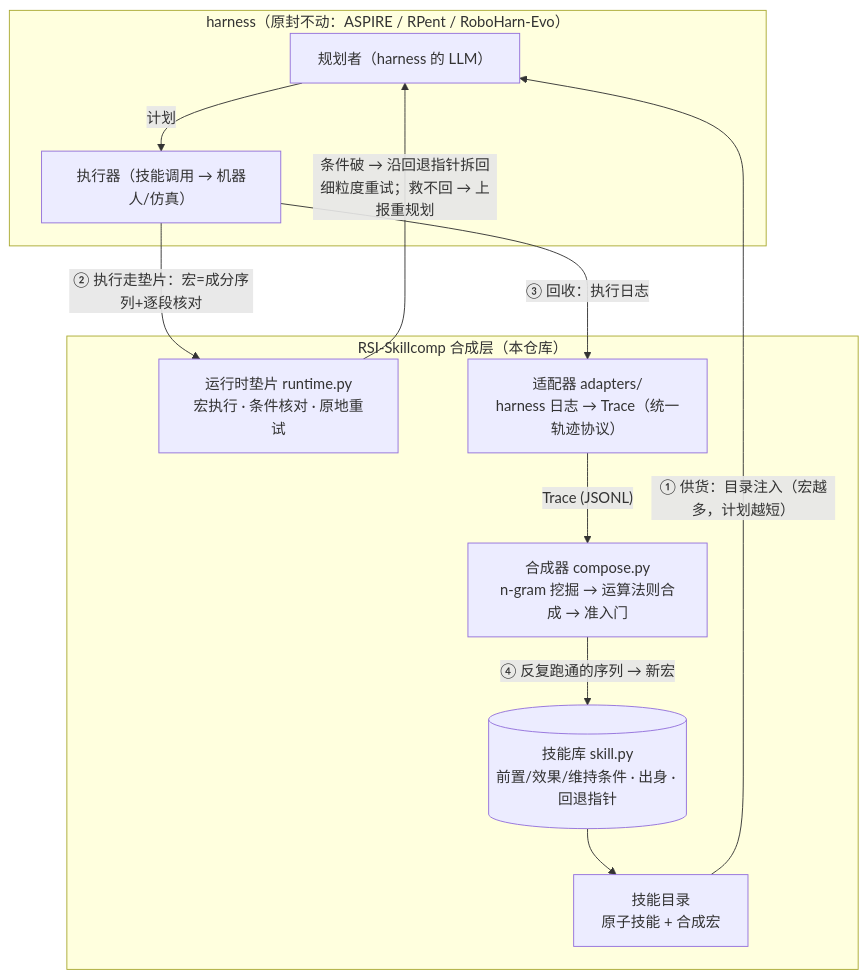
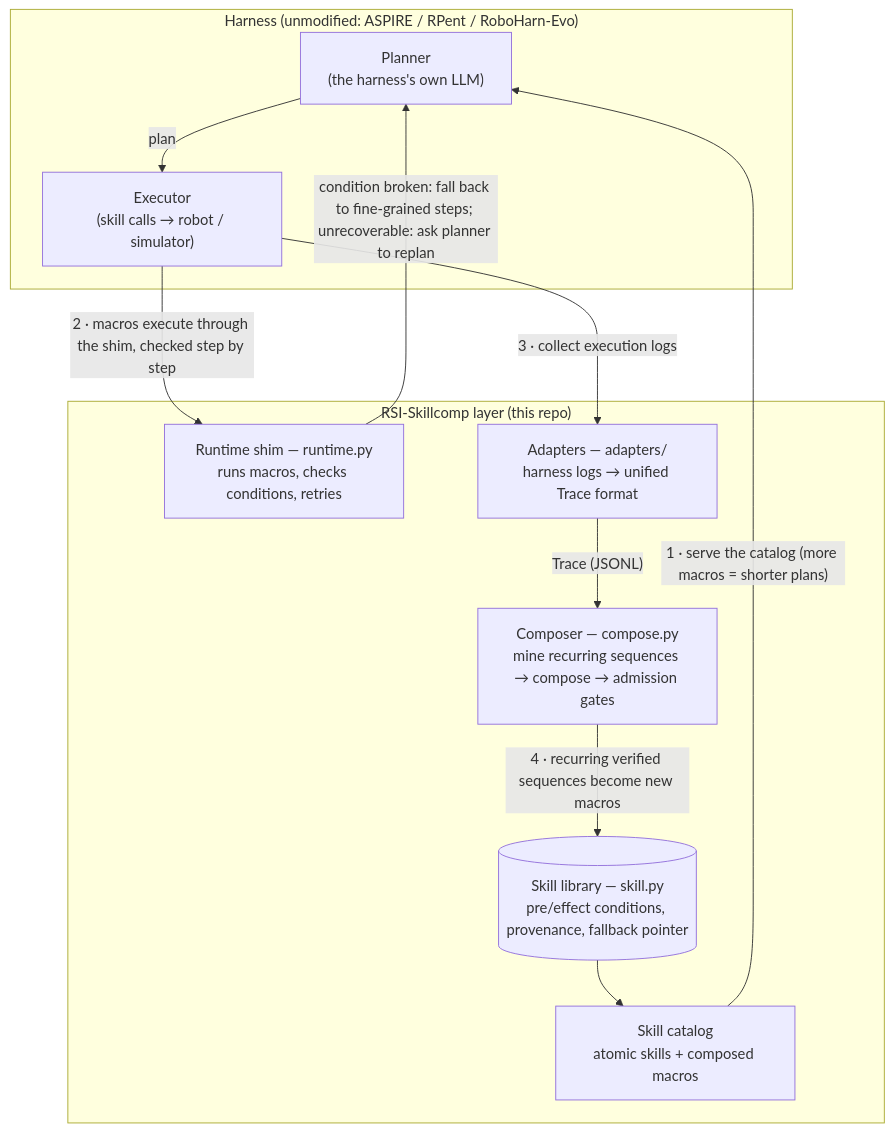
One commit to Qam1ng/RSI-Skillcomp changed the diagram in README.md. Above: the diagram before and after it, drawn with Mermaid. The commit also changed other lines of this file, not shown here.

Commit message:
README: pipeline diagram labels in English

````diff
--- a/README.md
+++ b/README.md
@@ -13,24 +13,24 @@
 ```mermaid
 flowchart TB
-    subgraph H["harness（原封不动：ASPIRE / RPent / RoboHarn-Evo）"]
-        P["规划者（harness 的 LLM）"]
-        E["执行器（技能调用 → 机器人/仿真）"]
-        P -->|计划| E
+    subgraph H["Harness (unmodified: ASPIRE / RPent / RoboHarn-Evo)"]
+        P["Planner<br/>(the harness's own LLM)"]
+        E["Executor<br/>(skill calls → robot / simulator)"]
+        P -->|plan| E
     end
 
-    subgraph L["RSI-Skillcomp 合成层（本仓库）"]
-        CAT["技能目录<br/>原子技能 + 合成宏"]
-        RT["运行时垫片 runtime.py<br/>宏执行 · 条件核对 · 原地重试"]
-        AD["适配器 adapters/<br/>harness 日志 → Trace（统一轨迹协议）"]
-        MINE["合成器 compose.py<br/>n-gram 挖掘 → 运算法则合成 → 准入门"]
-        LIB[("技能库 skill.py<br/>前置/效果/维持条件 · 出身 · 回退指针")]
+    subgraph L["RSI-Skillcomp layer (this repo)"]
+        CAT["Skill catalog<br/>atomic skills + composed macros"]
+        RT["Runtime shim — runtime.py<br/>runs macros, checks conditions, retries"]
+        AD["Adapters — adapters/<br/>harness logs → unified Trace format"]
+        MINE["Composer — compose.py<br/>mine recurring sequences → compose → admission gates"]
+        LIB[("Skill library — skill.py<br/>pre/effect conditions, provenance, fallback pointer")]
     end
 
-    CAT -->|"① 供货：目录注入（宏越多，计划越短）"| P
-    E -->|"② 执行走垫片：宏=成分序列+逐段核对"| RT
-    RT -->|"条件破 → 沿回退指针拆回细粒度重试；救不回 → 上报重规划"| P
-    E -->|"③ 回收：执行日志"| AD
+    CAT -->|"1 · serve the catalog (more macros = shorter plans)"| P
+    E -->|"2 · macros execute through the shim, checked step by step"| RT
+    RT -->|"condition broken: fall back to fine-grained steps; unrecoverable: ask planner to replan"| P
+    E -->|"3 · collect execution logs"| AD
     AD -->|"Trace (JSONL)"| MINE
-    MINE -->|"④ 反复跑通的序列 → 新宏"| LIB
+    MINE -->|"4 · recurring verified sequences become new macros"| LIB
     LIB --> CAT
 ```
````
